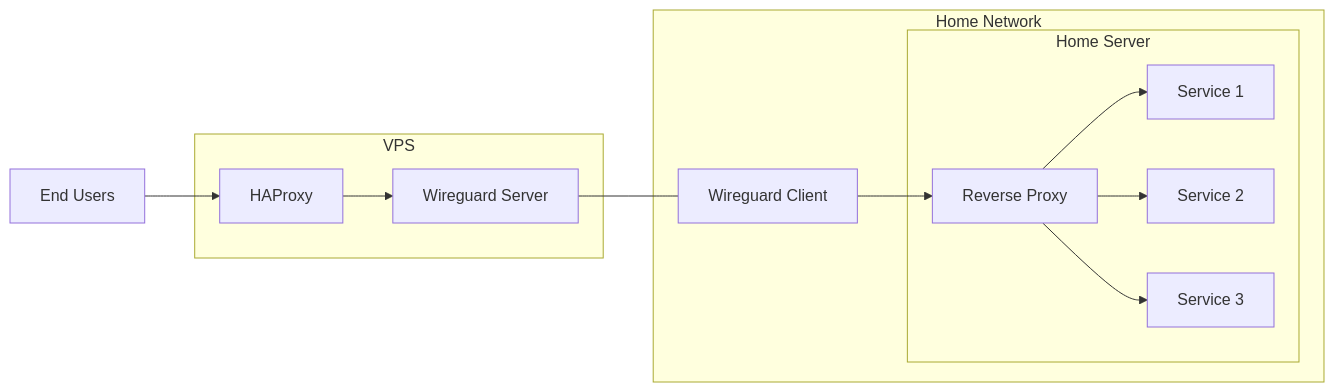
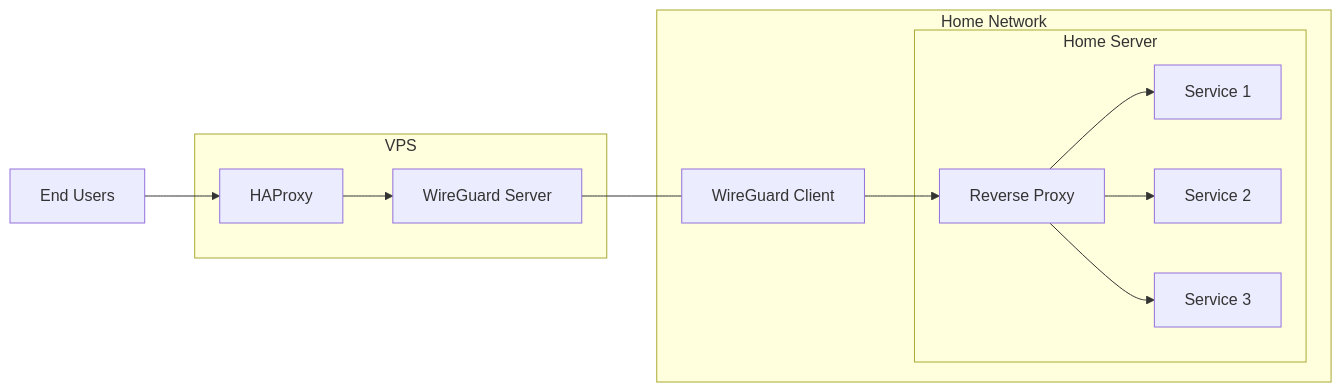
The fourth of 5 diagrams in content/posts/exposing-your-homelab.md (RealOrangeOne/theorangeone.net), drawn with Mermaid before and after one commit. The commit also changed other lines of this file and 7 other files, not shown here.

Commit message:
WireGuard is meant to be correctly cased

```diff
--- a/content/posts/exposing-your-homelab.md
+++ b/content/posts/exposing-your-homelab.md
@@ -127,27 +127,27 @@
 {{<mermaid caption="Network setup using a VPN gateway">}}
 graph LR
 
 A[End Users]
 subgraph VPS
 B[HAProxy]
-C[Wireguard Server]
+C[WireGuard Server]
 end
 
 subgraph Home Network
-D[Wireguard Client]
+D[WireGuard Client]
 subgraph Home Server
 E[Reverse Proxy]
 F[Service 1]
 G[Service 2]
 H[Service 3]
 end
 end
 
 A-->B
 B-->C
 C---D
 D-->E
 E-->F
 E-->G
 E-->H
 {{</mermaid>}}
```
